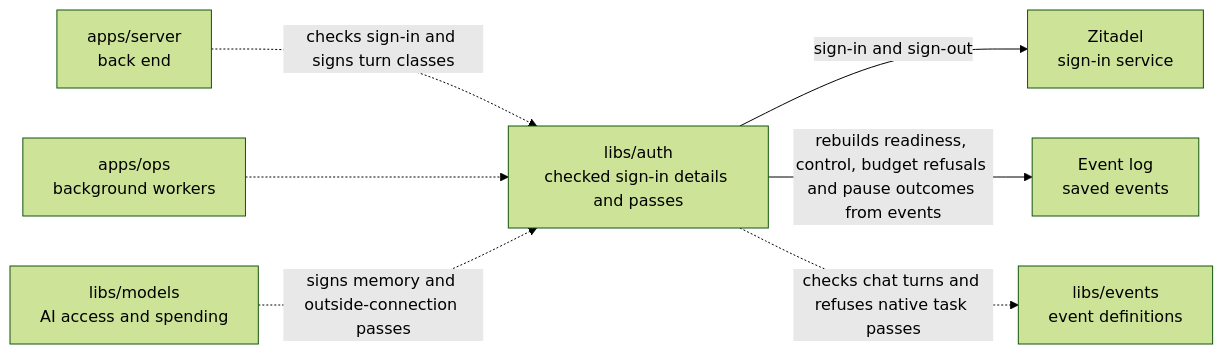
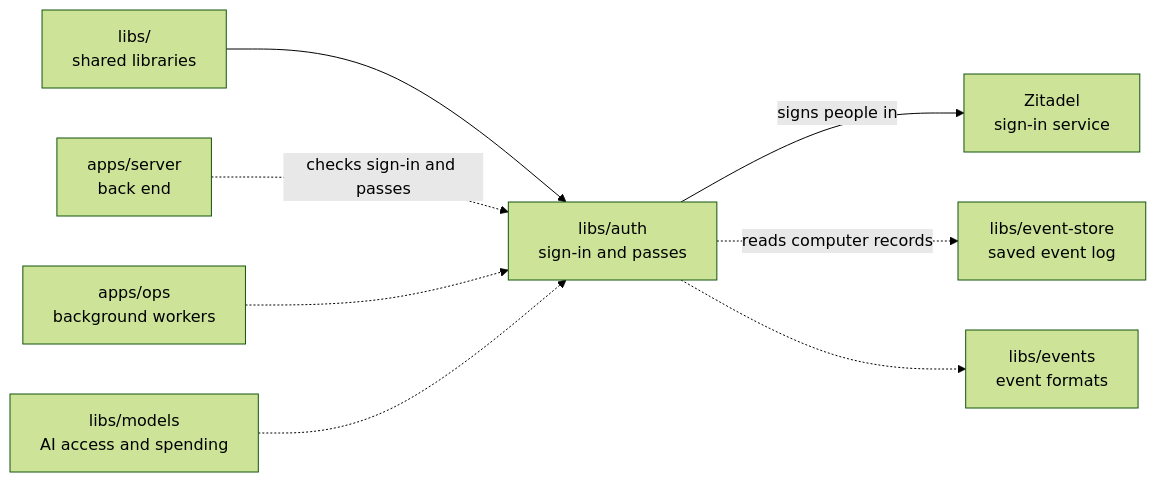
The diagram in libs/auth/README.md (elewa-git/opencrane-new), drawn with Mermaid (forest theme) before and after one commit. The commit also changed other lines of this file and 8 other files, not shown here.

Commit message:
📚 Explain the shared libraries in plain language.

````diff
--- a/libs/auth/README.md
+++ b/libs/auth/README.md
@@ -11,9 +19,10 @@
 ```mermaid
 flowchart LR
-  server["apps/server<br/>back end"] -.->|checks sign-in and signs turn classes| auth["libs/auth<br/>checked sign-in details and passes"]
+  parent["libs/<br/>shared libraries"] --> auth["libs/auth<br/>sign-in and passes"]
+  server["apps/server<br/>back end"] -.->|checks sign-in and passes| auth
   ops["apps/ops<br/>background workers"] -.-> auth
-  models["libs/models<br/>AI access and spending"] -.->|signs memory and outside-connection passes| auth
-  auth -->|sign-in and sign-out| zitadel["Zitadel<br/>sign-in service"]
-  auth -->|rebuilds readiness, control, budget refusals and pause outcomes from events| events["Event log<br/>saved events"]
-  auth -.->|checks chat turns and refuses native task passes| catalogue["libs/events<br/>event definitions"]
+  models["libs/models<br/>AI access and spending"] -.-> auth
+  auth -->|signs people in| zitadel["Zitadel<br/>sign-in service"]
+  auth -.->|reads computer records| store["libs/event-store<br/>saved event log"]
+  auth -.-> events["libs/events<br/>event formats"]
 ```
````
